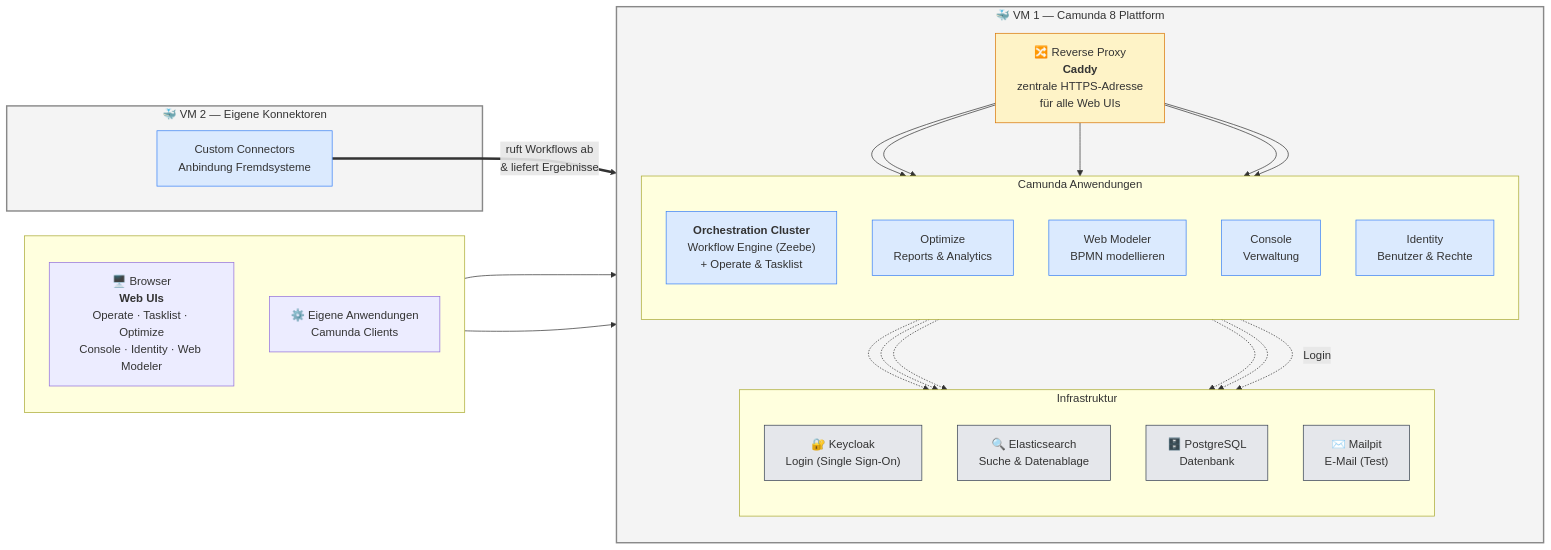
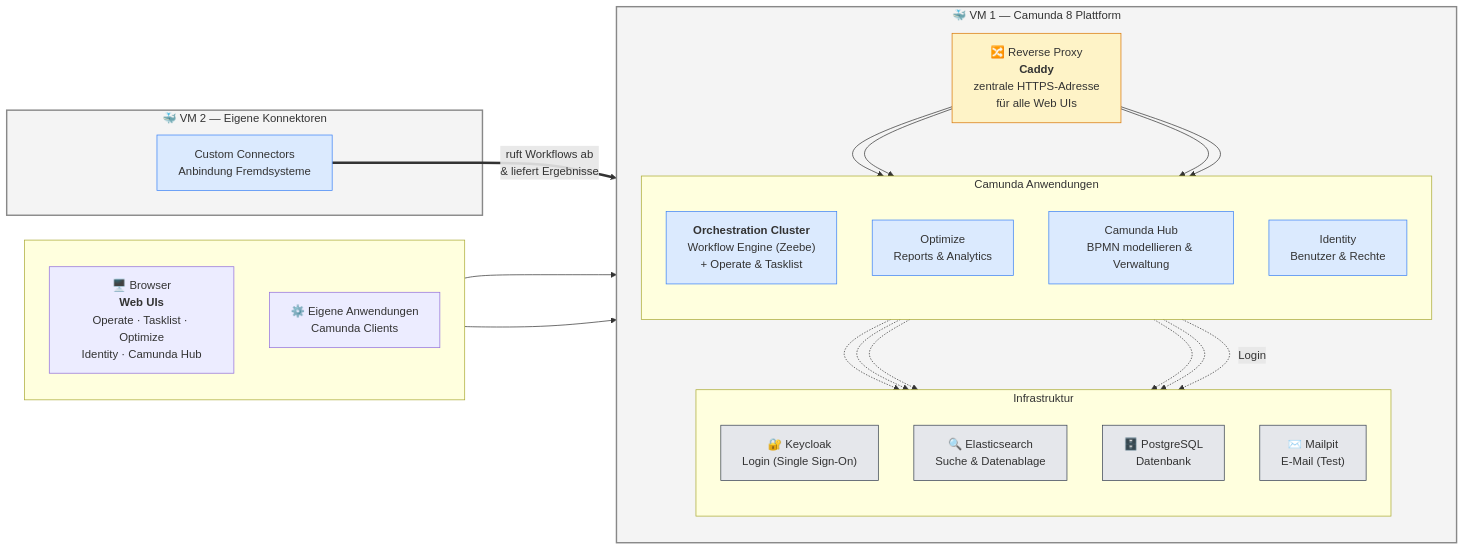
Before and after one commit to cschaf/camunda8_caddy: the diagram in docs/architecture-simple.mmd, drawn with Mermaid. The commit also changed 61 other files, not shown here.

```diff
--- a/docs/architecture-simple.mmd
+++ b/docs/architecture-simple.mmd
@@ -1,60 +1,58 @@
 flowchart LR
     subgraph clients[" "]
         direction TB
-        browser["🖥️ Browser<br/><b>Web UIs</b><br/>Operate · Tasklist · Optimize<br/>Console · Identity · Web Modeler"]
+        browser["🖥️ Browser<br/><b>Web UIs</b><br/>Operate · Tasklist · Optimize<br/>Identity · Camunda Hub"]
         userapp["⚙️ Eigene Anwendungen<br/>Camunda Clients"]
     end
 
     subgraph vm1["🐳 VM 1 — Camunda 8 Plattform"]
         direction TB
 
         proxy["🔀 Reverse Proxy<br/><b>Caddy</b><br/>zentrale HTTPS-Adresse<br/>für alle Web UIs"]
 
         subgraph apps["Camunda Anwendungen"]
             direction TB
             orchestration["<b>Orchestration Cluster</b><br/>Workflow Engine (Zeebe)<br/>+ Operate & Tasklist"]
             optimize["Optimize<br/>Reports & Analytics"]
-            webmodeler["Web Modeler<br/>BPMN modellieren"]
-            console["Console<br/>Verwaltung"]
+            webmodeler["Camunda Hub<br/>BPMN modellieren & Verwaltung"]
             identity["Identity<br/>Benutzer & Rechte"]
         end
 
         subgraph infra["Infrastruktur"]
             direction TB
             keycloak["🔐 Keycloak<br/>Login (Single Sign-On)"]
             elastic["🔍 Elasticsearch<br/>Suche & Datenablage"]
             postgres["🗄️ PostgreSQL<br/>Datenbank"]
             mailpit["✉️ Mailpit<br/>E-Mail (Test)"]
         end
 
         proxy --> orchestration
         proxy --> optimize
         proxy --> webmodeler
-        proxy --> console
         proxy --> identity
     end
 
     subgraph vm2["🐳 VM 2 — Eigene Konnektoren"]
         customconn["Custom Connectors<br/>Anbindung Fremdsysteme"]
     end
 
     browser --> proxy
     userapp --> proxy
 
     apps -.->|"Login"| keycloak
     orchestration -.-> elastic
     optimize -.-> elastic
     identity -.-> postgres
     webmodeler -.-> postgres
     webmodeler -.-> mailpit
 
     customconn ==>|"ruft Workflows ab<br/>& liefert Ergebnisse"| orchestration
 
     classDef vm fill:#f4f4f4,stroke:#888,stroke-width:2px
     classDef svc fill:#dbeafe,stroke:#3b82f6
     classDef infraBox fill:#e5e7eb,stroke:#374151
     classDef proxyBox fill:#fef3c7,stroke:#d97706
     class vm1,vm2 vm
-    class orchestration,optimize,webmodeler,console,identity,customconn svc
+    class orchestration,optimize,webmodeler,identity,customconn svc
     class keycloak,postgres,elastic,mailpit infraBox
     class proxy proxyBox
```
